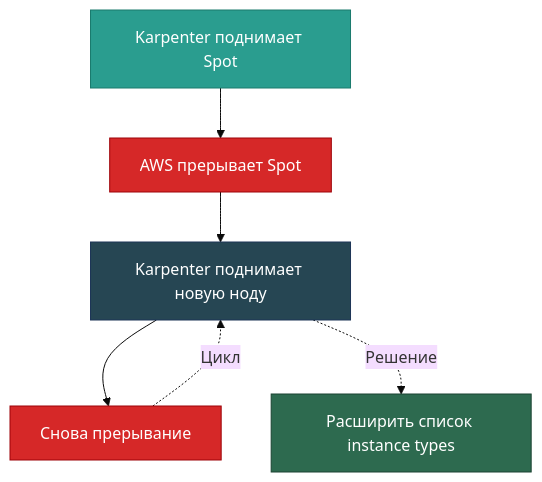
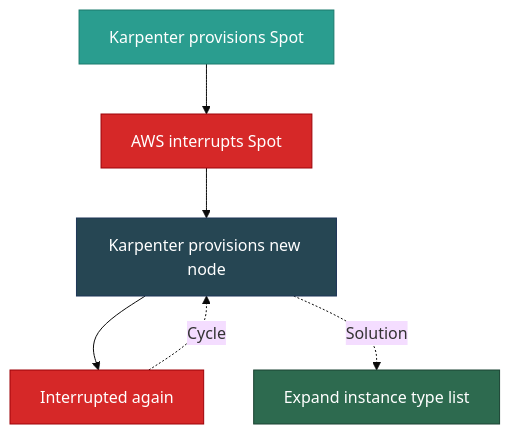
The ninth of 10 diagrams in docs/articles/from_spot_io_to_karpenter/readme.MD (ViktorUJ/cks), drawn with Mermaid before and after one commit. The commit also changed other lines of this file and 1 other file, not shown here.

Commit message:
add article migration to karpenter

````diff
--- a/docs/articles/from_spot_io_to_karpenter/readme.MD
+++ b/docs/articles/from_spot_io_to_karpenter/readme.MD
@@ -568,22 +574,22 @@
 ```mermaid
 ---
 config:
   theme: base
   themeVariables:
     fontSize: 16px
     nodeSpacing: 40
     rankSpacing: 60
 ---
 graph TD
-    START["Karpenter поднимает Spot"] --> INT["AWS прерывает Spot"]
-    INT --> NEW["Karpenter поднимает новую ноду"]
-    NEW --> INT2["Снова прерывание"]
-    INT2 -.->|"Цикл"| NEW
-    NEW -.->|"Решение"| DIV["Расширить список instance types"]
+    START["Karpenter provisions Spot"] --> INT["AWS interrupts Spot"]
+    INT --> NEW["Karpenter provisions new node"]
+    NEW --> INT2["Interrupted again"]
+    INT2 -.->|"Cycle"| NEW
+    NEW -.->|"Solution"| DIV["Expand instance type list"]
 
     style START fill:#2a9d8f,stroke:#1a7a6d,color:#fff
     style INT fill:#d62828,stroke:#9d0208,color:#fff
     style NEW fill:#264653,stroke:#1d3557,color:#fff
     style INT2 fill:#d62828,stroke:#9d0208,color:#fff
     style DIV fill:#2d6a4f,stroke:#1b4332,color:#fff
 ```
````
